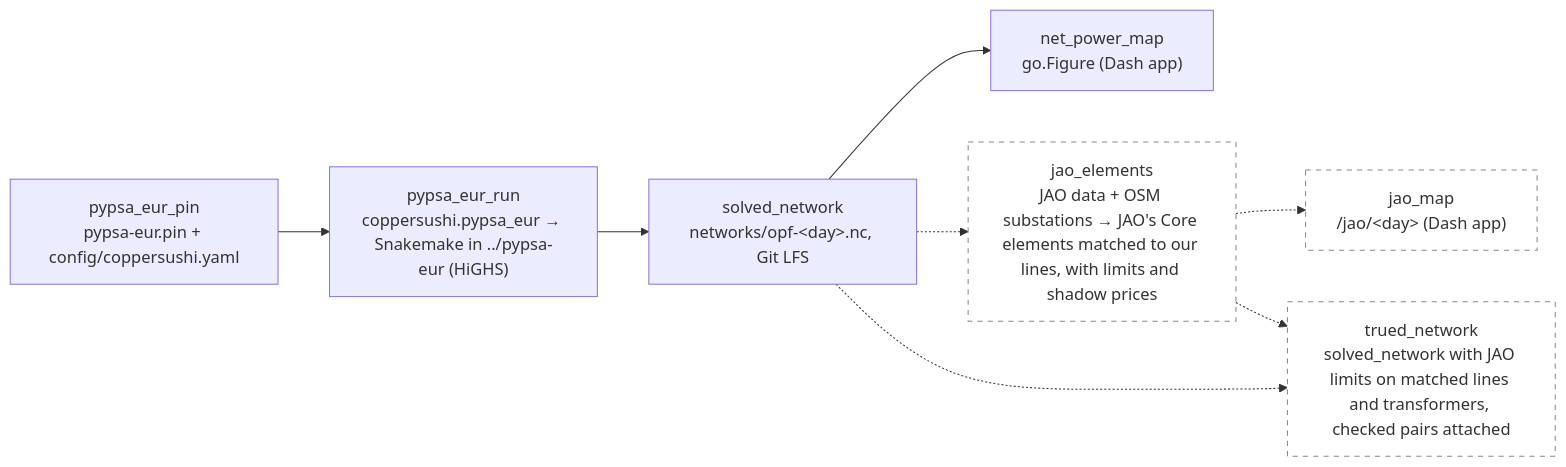
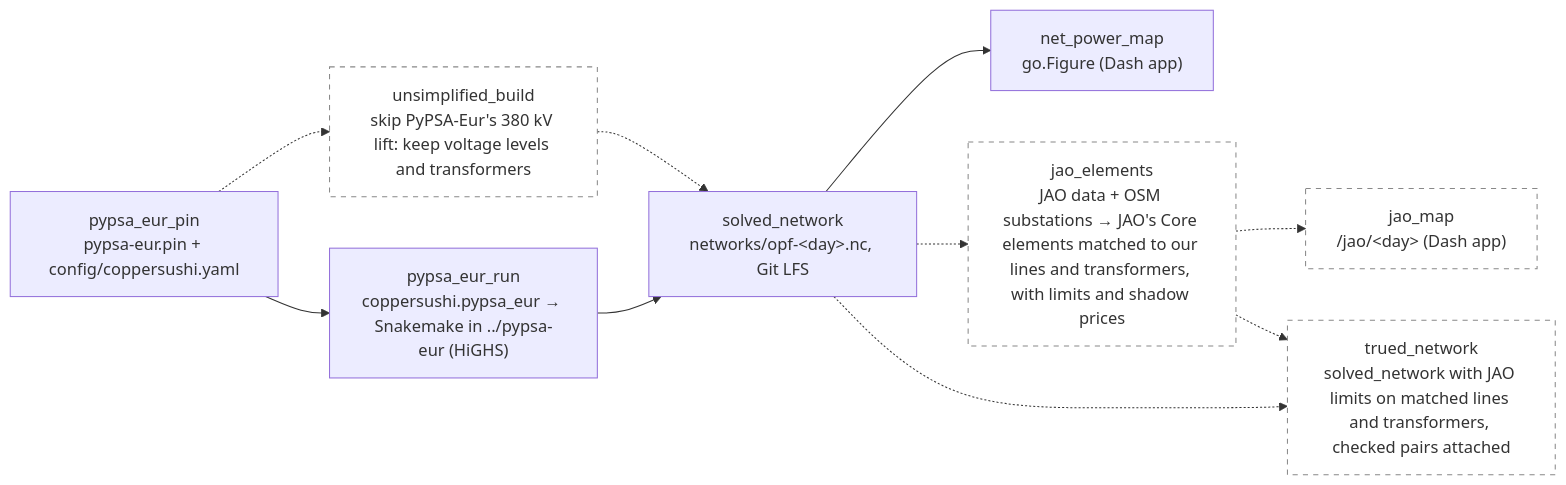
The diagram in wiki/sushi-2.md (zoltanmaric/coppersushi), drawn with Mermaid before and after one commit. The commit also changed 1 other file, not shown here.

Commit message:
Spec: skipping simplification is the precondition, not a detail
Verified: an entire class of CNEC is absent, not approximated, on the
simplified network. simplify_network_to_380 deletes all 878 transformers
and JAO monitors ~62 transformers and PSTs per hour, so those elements
have no branch to match, to limit, or to predict binding on.

- New precondition paragraph saying so in as many words, and a first
  step: unsimplified build, re-solve, promote, before anything else.
- Transformers move back into deliverable 2, the matching, the true-up
  and the acceptance criteria; the unsimplify non-goal is gone.
- What skipping costs recorded: the rule also emits the busmap and the
  regions add_electricity needs, so it is a fork of the script or an
  identity busmap, ~40 lines, with a to_380 flag as the upstream fix.
- Architecture delta: new planned unsimplified_build node feeding
  solved_network.

Claude-Session: https://claude.ai/code/session_01EYvr6CzJVL1AyPUrupPTCz

````diff
--- a/wiki/sushi-2.md
+++ b/wiki/sushi-2.md
@@ -16,22 +16,25 @@
 ```mermaid
 flowchart LR
     classDef planned stroke-dasharray: 5 5,stroke:#888,fill:none
 
     net_power_map["net_power_map<br/>go.Figure (Dash app)"]
 
     pypsa_eur_pin["pypsa_eur_pin<br/>pypsa-eur.pin + config/coppersushi.yaml"]
     pypsa_eur_run["pypsa_eur_run<br/>coppersushi.pypsa_eur → Snakemake in ../pypsa-eur (HiGHS)"]
     solved_network["solved_network<br/>networks/opf-&lt;day&gt;.nc, Git LFS"]
 
-    jao_elements["jao_elements<br/>JAO data + OSM substations → JAO's Core elements matched to our lines, with limits and shadow prices"]:::planned
+    unsimplified["unsimplified_build<br/>skip PyPSA-Eur's 380 kV lift: keep voltage levels and transformers"]:::planned
+    jao_elements["jao_elements<br/>JAO data + OSM substations → JAO's Core elements matched to our lines and transformers, with limits and shadow prices"]:::planned
     jao_map["jao_map<br/>/jao/&lt;day&gt; (Dash app)"]:::planned
     trued_network["trued_network<br/>solved_network with JAO limits on matched lines and transformers, checked pairs attached"]:::planned
 
     pypsa_eur_pin --> pypsa_eur_run
+    pypsa_eur_pin -.-> unsimplified
+    unsimplified -.-> solved_network
     pypsa_eur_run --> solved_network
     solved_network --> net_power_map
     solved_network -.-> jao_elements
     jao_elements -.-> jao_map
     jao_elements -.-> trued_network
     solved_network -.-> trued_network
 ```
````
